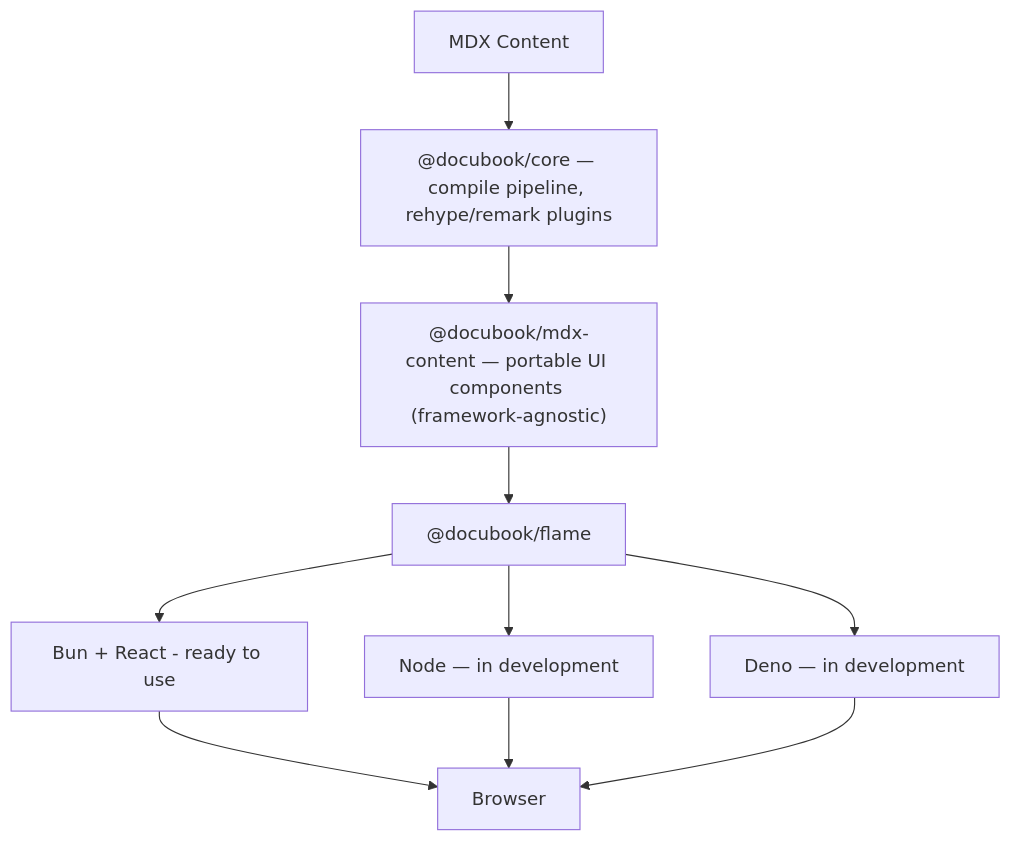
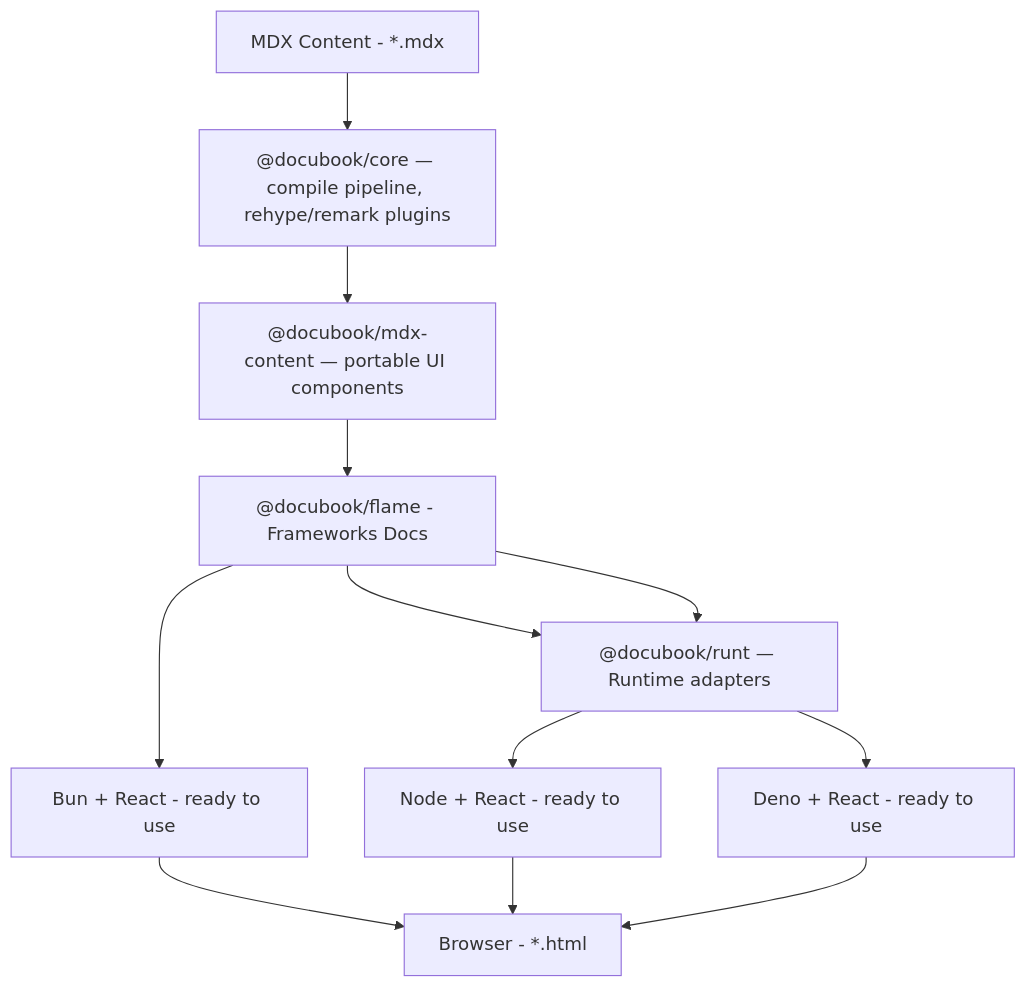
One commit to DocuBook/.github changed the diagram in profile/README.md. Above: the diagram before and after it, drawn with Mermaid. The commit also changed other lines of this file, not shown here.

````diff
--- a/profile/README.md
+++ b/profile/README.md
@@ -25,16 +25,17 @@
 ```mermaid
 flowchart TD
-    A[MDX Content]
+    A[MDX Content - *.mdx]
     B["@docubook/core — compile pipeline, rehype/remark plugins"]
-    C["@docubook/mdx-content — portable UI components (framework-agnostic)"]
-    D["@docubook/flame"]
+    C["@docubook/mdx-content — portable UI components"]
+    D["@docubook/flame - Frameworks Docs"]
+    RUNT["@docubook/runt — Runtime adapters"]
     D1["Bun + React - ready to use"]
-    D2["Node — in development"]
-    D3["Deno — in development"]
-    E[Browser]
+    D2["Node + React - ready to use"]
+    D3["Deno + React - ready to use"]
+    E[Browser - *.html]
 
     A -->  B --> C --> D
     D --> D1 --> E
-    D --> D2 --> E
-    D --> D3 --> E
+    D --> RUNT --> D2 --> E
+    D --> RUNT --> D3 --> E
 ```
````
